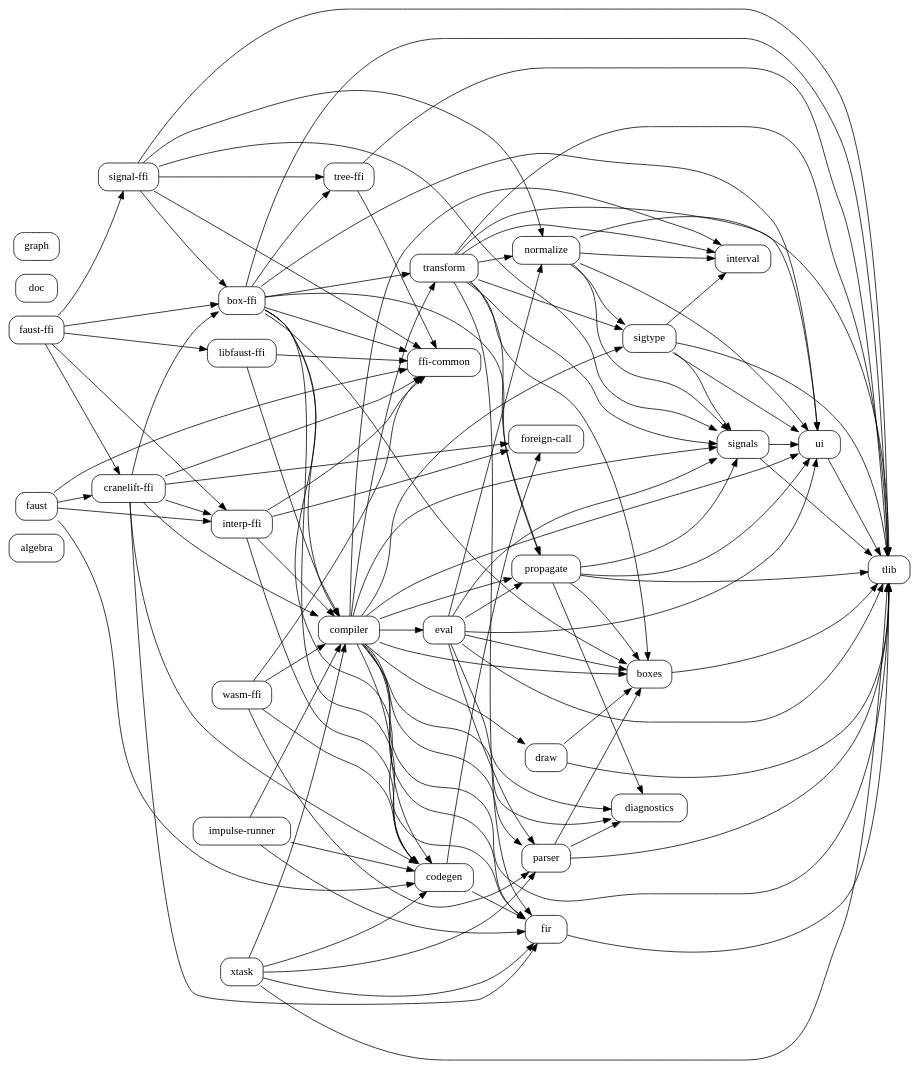
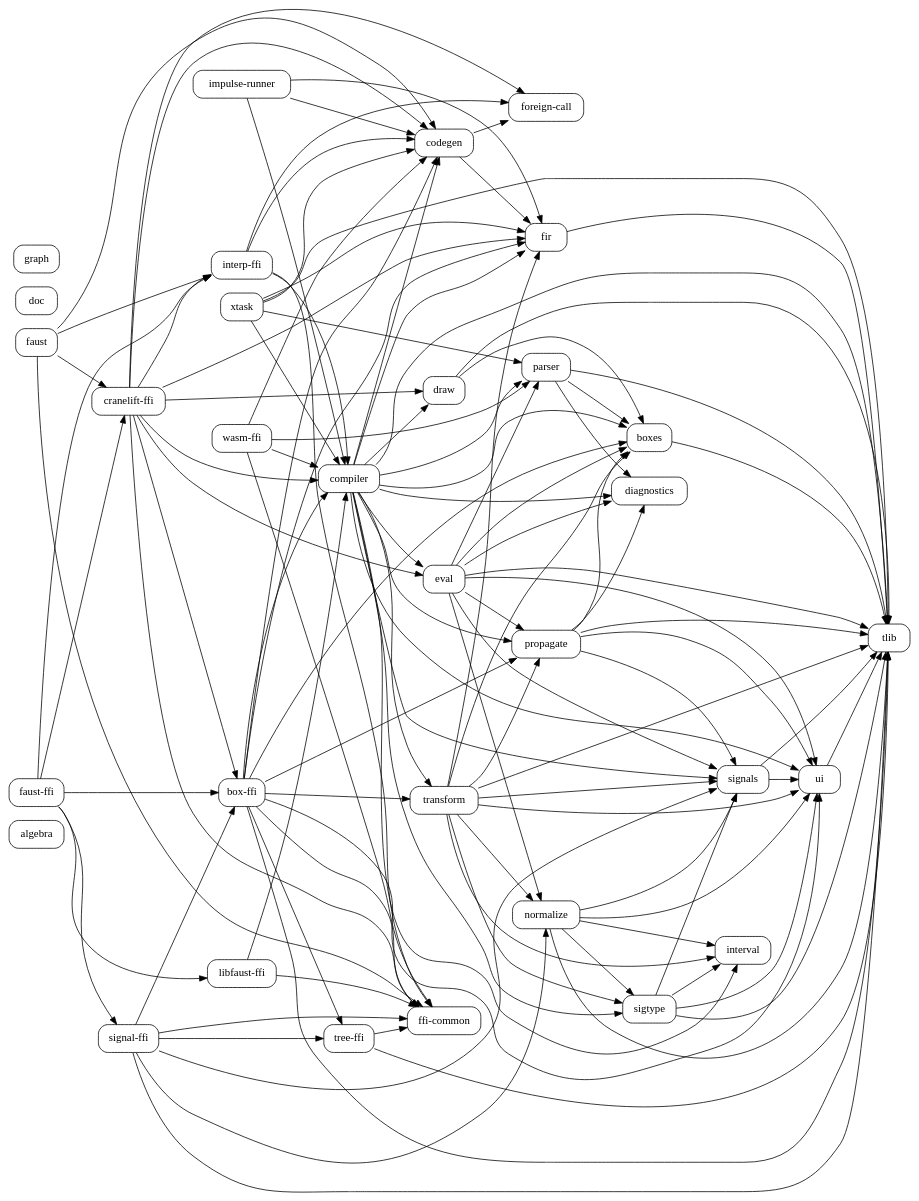
Before and after one commit to grame-cncm/faust-rs: the diagram in docs/code-graphs/internal-crate-deps.dot, drawn with Graphviz. The commit also changed 28 other files, not shown here.

```diff
--- a/docs/code-graphs/internal-crate-deps.dot
+++ b/docs/code-graphs/internal-crate-deps.dot
@@ -1,145 +1,147 @@
 digraph workspace_crates {
     rankdir=LR;
     node [shape=box, style="rounded"];
     "algebra";
     "box-ffi";
     "boxes";
     "codegen";
     "compiler";
     "cranelift-ffi";
     "diagnostics";
     "doc";
     "draw";
     "eval";
     "faust";
     "faust-ffi";
     "ffi-common";
     "fir";
     "foreign-call";
     "graph";
     "impulse-runner";
     "interp-ffi";
     "interval";
     "libfaust-ffi";
     "normalize";
     "parser";
     "propagate";
     "signal-ffi";
     "signals";
     "sigtype";
     "tlib";
     "transform";
     "tree-ffi";
     "ui";
     "wasm-ffi";
     "xtask";
     "box-ffi" -> "boxes";
     "box-ffi" -> "codegen";
     "box-ffi" -> "compiler";
     "box-ffi" -> "ffi-common";
     "box-ffi" -> "fir";
     "box-ffi" -> "propagate";
     "box-ffi" -> "tlib";
     "box-ffi" -> "transform";
     "box-ffi" -> "tree-ffi";
     "box-ffi" -> "ui";
     "boxes" -> "tlib";
     "codegen" -> "fir";
     "codegen" -> "foreign-call";
     "compiler" -> "boxes";
     "compiler" -> "codegen";
     "compiler" -> "diagnostics";
     "compiler" -> "draw";
     "compiler" -> "eval";
     "compiler" -> "fir";
     "compiler" -> "interval";
     "compiler" -> "parser";
     "compiler" -> "propagate";
     "compiler" -> "signals";
     "compiler" -> "sigtype";
     "compiler" -> "tlib";
     "compiler" -> "transform";
     "compiler" -> "ui";
     "cranelift-ffi" -> "box-ffi";
     "cranelift-ffi" -> "codegen";
     "cranelift-ffi" -> "compiler";
+    "cranelift-ffi" -> "draw";
+    "cranelift-ffi" -> "eval";
     "cranelift-ffi" -> "ffi-common";
     "cranelift-ffi" -> "fir";
     "cranelift-ffi" -> "foreign-call";
     "cranelift-ffi" -> "interp-ffi";
     "draw" -> "boxes";
     "draw" -> "tlib";
     "eval" -> "boxes";
     "eval" -> "diagnostics";
     "eval" -> "normalize";
     "eval" -> "parser";
     "eval" -> "propagate";
     "eval" -> "signals";
     "eval" -> "tlib";
     "eval" -> "ui";
     "faust" -> "codegen";
     "faust" -> "cranelift-ffi";
     "faust" -> "ffi-common";
     "faust" -> "interp-ffi";
     "faust-ffi" -> "box-ffi";
     "faust-ffi" -> "cranelift-ffi";
     "faust-ffi" -> "interp-ffi";
     "faust-ffi" -> "libfaust-ffi";
     "faust-ffi" -> "signal-ffi";
     "fir" -> "tlib";
     "impulse-runner" -> "codegen";
     "impulse-runner" -> "compiler";
     "impulse-runner" -> "fir";
     "interp-ffi" -> "codegen";
     "interp-ffi" -> "compiler";
     "interp-ffi" -> "ffi-common";
     "interp-ffi" -> "foreign-call";
     "libfaust-ffi" -> "compiler";
     "libfaust-ffi" -> "ffi-common";
     "normalize" -> "interval";
     "normalize" -> "signals";
     "normalize" -> "sigtype";
     "normalize" -> "tlib";
     "normalize" -> "ui";
     "parser" -> "boxes";
     "parser" -> "diagnostics";
     "parser" -> "tlib";
     "propagate" -> "boxes";
     "propagate" -> "diagnostics";
     "propagate" -> "signals";
     "propagate" -> "tlib";
     "propagate" -> "ui";
     "signal-ffi" -> "box-ffi";
     "signal-ffi" -> "ffi-common";
     "signal-ffi" -> "normalize";
     "signal-ffi" -> "signals";
     "signal-ffi" -> "tlib";
     "signal-ffi" -> "tree-ffi";
     "signals" -> "tlib";
     "signals" -> "ui";
     "sigtype" -> "interval";
     "sigtype" -> "signals";
     "sigtype" -> "tlib";
     "sigtype" -> "ui";
     "transform" -> "boxes";
     "transform" -> "fir";
     "transform" -> "interval";
     "transform" -> "normalize";
     "transform" -> "propagate";
     "transform" -> "signals";
     "transform" -> "sigtype";
     "transform" -> "tlib";
     "transform" -> "ui";
     "tree-ffi" -> "ffi-common";
     "tree-ffi" -> "tlib";
     "ui" -> "tlib";
     "wasm-ffi" -> "codegen";
     "wasm-ffi" -> "compiler";
     "wasm-ffi" -> "ffi-common";
     "wasm-ffi" -> "parser";
     "xtask" -> "codegen";
     "xtask" -> "compiler";
     "xtask" -> "fir";
     "xtask" -> "parser";
     "xtask" -> "tlib";
 }
```
